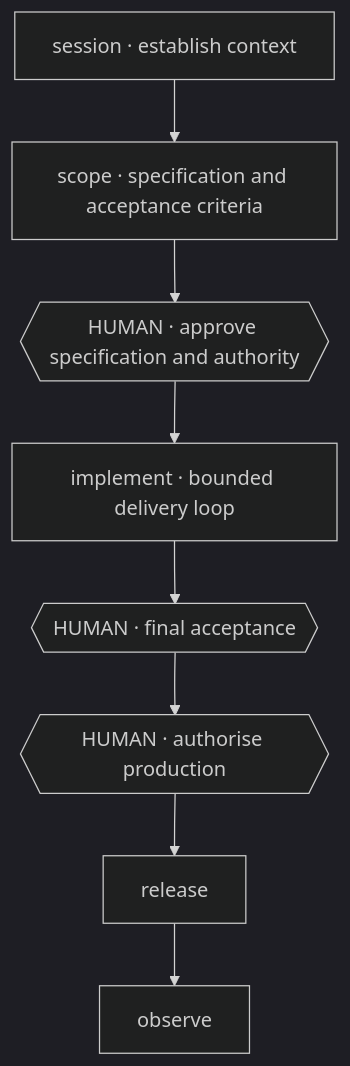
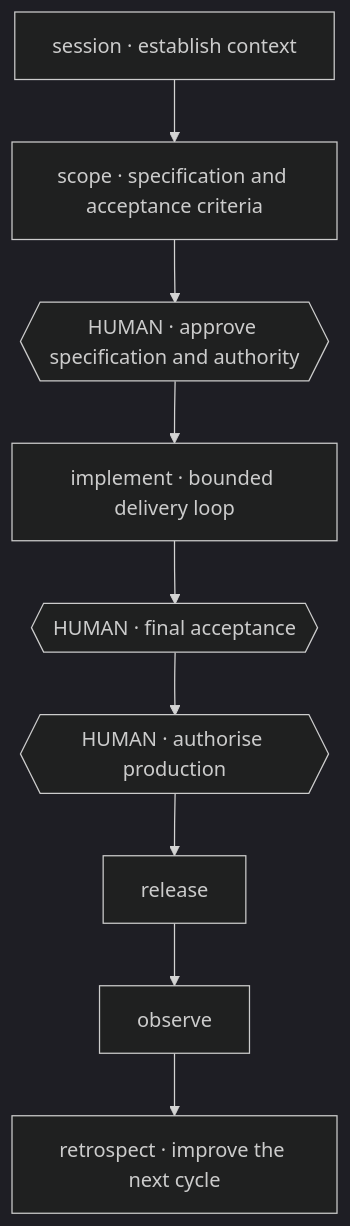
One commit to mblauberg/agent-harness changed the first of 2 diagrams in README.md. Above: the diagram before and after it, drawn with Mermaid (dark theme). The commit also changed other lines of this file and 28 other files, not shown here.

````diff
--- a/README.md
+++ b/README.md
@@ -22,10 +59,13 @@
 ```mermaid
 flowchart TB
+    accTitle: Agent harness lifecycle
+    accDescr: Work moves from session context through human-approved scope, implementation and final acceptance to human-authorised release, observation and evidence-based improvement.
     S["session · establish context"] --> P["scope · specification and acceptance criteria"]
     P --> H1{{"HUMAN · approve specification and authority"}}
     H1 --> I["implement · bounded delivery loop"]
     I --> H2{{"HUMAN · final acceptance"}}
     H2 --> H3{{"HUMAN · authorise production"}}
     H3 --> L["release"]
     L --> O["observe"]
+    O --> T["retrospect · improve the next cycle"]
 ```
````
